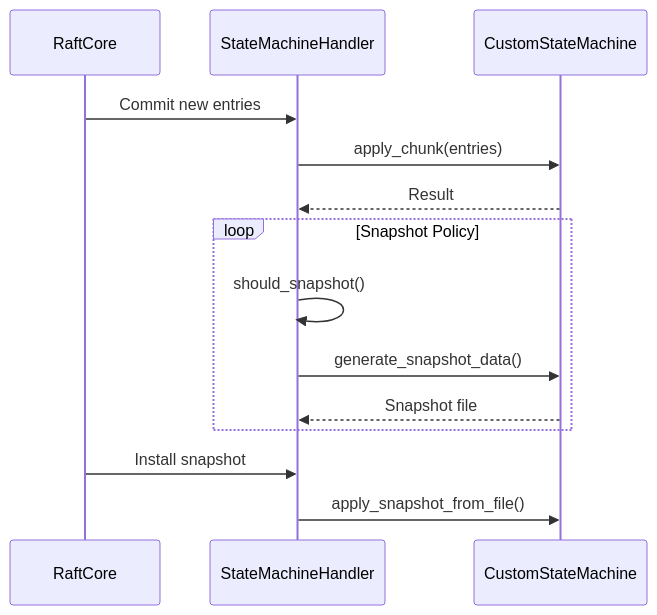
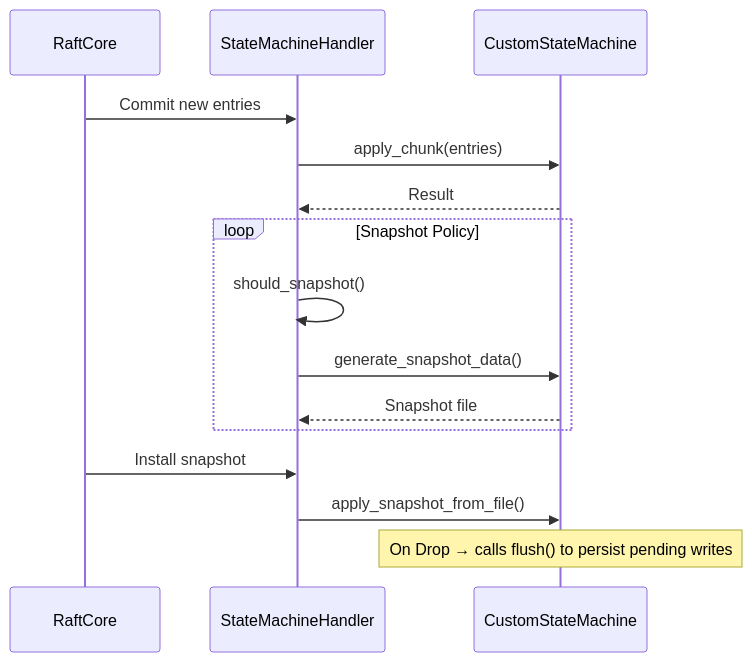
Before and after one commit to deventlab/d-engine: the diagram in src/docs/server_guide/customize-state-machine.md, drawn with Mermaid. The commit also changed other lines of this file and 57 other files, not shown here.

````diff
--- a/src/docs/server_guide/customize-state-machine.md
+++ b/src/docs/server_guide/customize-state-machine.md
@@ -79,20 +98,21 @@
 ```mermaid
 sequenceDiagram
     participant RaftCore
     participant StateMachineHandler
     participant CustomStateMachine
 
     RaftCore->>StateMachineHandler: Commit new entries
     StateMachineHandler->>CustomStateMachine: apply_chunk(entries)
     CustomStateMachine-->>StateMachineHandler: Result
 
     loop Snapshot Policy
         StateMachineHandler->>StateMachineHandler: should_snapshot()
         StateMachineHandler->>CustomStateMachine: generate_snapshot_data()
         CustomStateMachine-->>StateMachineHandler: Snapshot file
     end
 
     RaftCore->>StateMachineHandler: Install snapshot
     StateMachineHandler->>CustomStateMachine: apply_snapshot_from_file()
 
+    Note over CustomStateMachine: On Drop → calls flush() to persist pending writes
 ```
````
